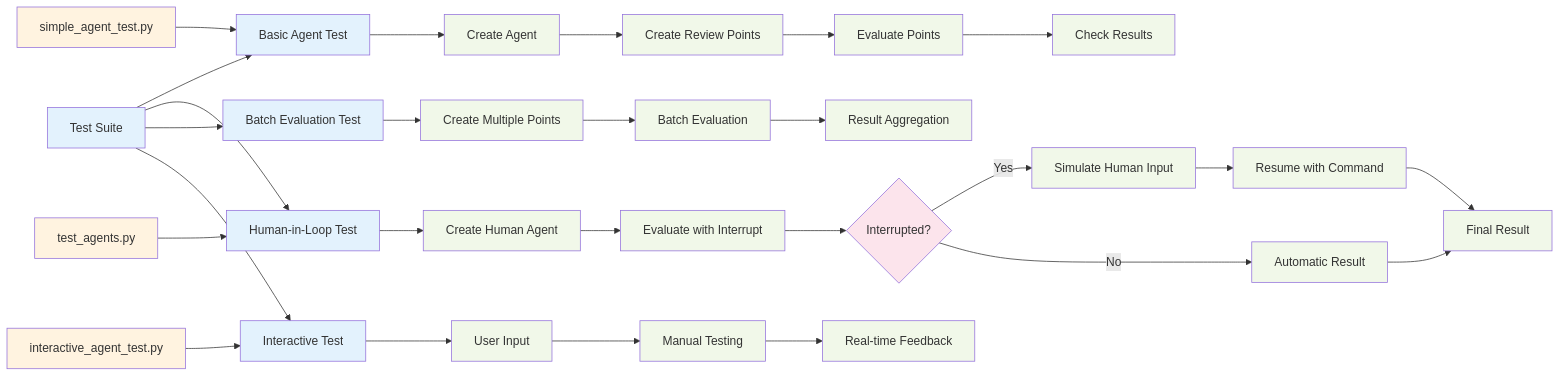
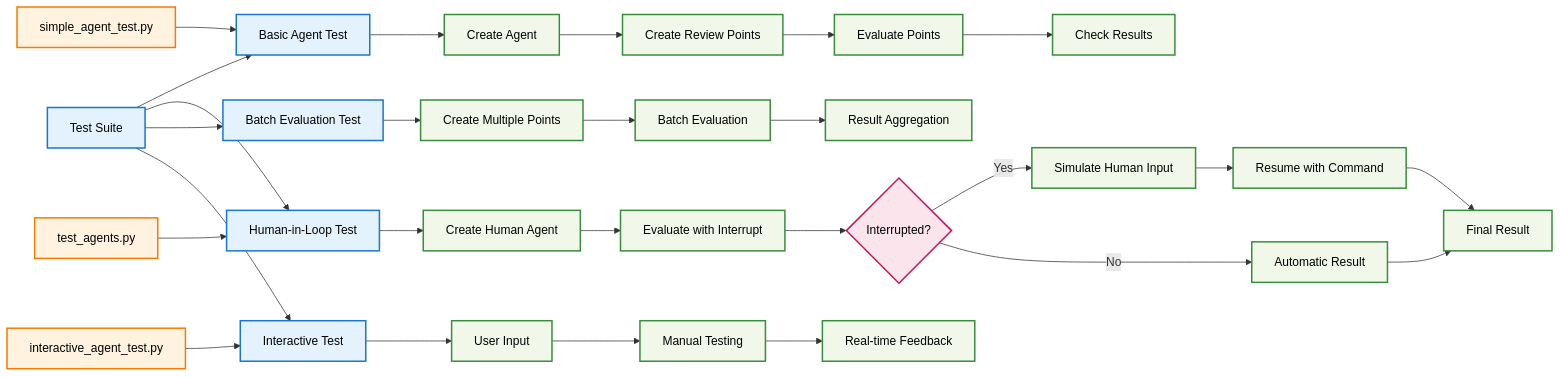
Before and after one commit to ashhadahsan/review-score: the third of 3 diagrams in README.md, drawn with Mermaid. The commit also changed other lines of this file, not shown here.

````diff
--- a/README.md
+++ b/README.md
@@ -172,50 +172,50 @@
 ```mermaid
 graph LR
     %% Testing Types
     A[Test Suite] --> B[Basic Agent Test]
     A --> C[Human-in-Loop Test]
     A --> D[Batch Evaluation Test]
     A --> E[Interactive Test]
 
     %% Basic Agent Testing
     B --> F[Create Agent]
     F --> G[Create Review Points]
     G --> H[Evaluate Points]
     H --> I[Check Results]
 
     %% Human-in-Loop Testing
     C --> J[Create Human Agent]
     J --> K[Evaluate with Interrupt]
     K --> L{Interrupted?}
     L -->|Yes| M[Simulate Human Input]
     L -->|No| N[Automatic Result]
     M --> O[Resume with Command]
     O --> P[Final Result]
     N --> P
 
     %% Batch Testing
     D --> Q[Create Multiple Points]
     Q --> R[Batch Evaluation]
     R --> S[Result Aggregation]
 
     %% Interactive Testing
     E --> T[User Input]
     T --> U[Manual Testing]
     U --> V[Real-time Feedback]
 
     %% Test Scripts
     W[simple_agent_test.py] --> B
     X[test_agents.py] --> C
     Y[interactive_agent_test.py] --> E
 
     %% Styling
-    classDef testType fill:#e3f2fd
-    classDef testProcess fill:#f1f8e9
-    classDef testScript fill:#fff3e0
-    classDef decision fill:#fce4ec
+    classDef testType fill:#e3f2fd,stroke:#1976d2,stroke-width:2px,color:#000
+    classDef testProcess fill:#f1f8e9,stroke:#388e3c,stroke-width:2px,color:#000
+    classDef testScript fill:#fff3e0,stroke:#f57c00,stroke-width:2px,color:#000
+    classDef decision fill:#fce4ec,stroke:#c2185b,stroke-width:2px,color:#000
 
     class A,B,C,D,E testType
     class F,G,H,I,J,K,M,N,O,P,Q,R,S,T,U,V testProcess
     class W,X,Y testScript
     class L decision
 ```
````
